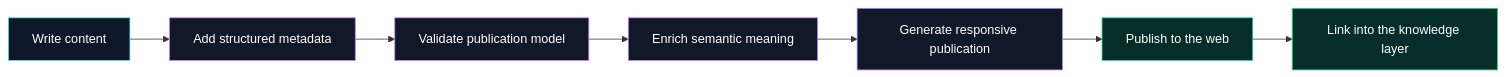
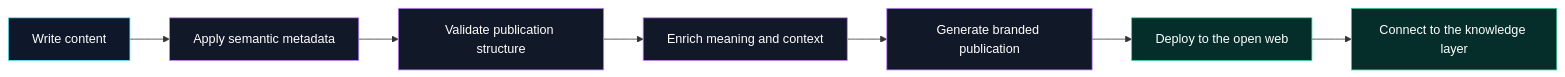
Before and after one commit to web4hub/web4-publisher: the first of 2 diagrams in index.md, drawn with Mermaid. The commit also changed other lines of this file, not shown here.

````diff
--- a/index.md
+++ b/index.md
@@ -65,17 +66,17 @@
 ```mermaid
 flowchart LR
-    A[Write content] --> B[Add structured metadata]
-    B --> C[Validate publication model]
-    C --> D[Enrich semantic meaning]
-    D --> E[Generate responsive publication]
-    E --> F[Publish to the web]
-    F --> G[Link into the knowledge layer]
+    A[Write content] --> B[Apply semantic metadata]
+    B --> C[Validate publication structure]
+    C --> D[Enrich meaning and context]
+    D --> E[Generate branded publication]
+    E --> F[Deploy to the open web]
+    F --> G[Connect to the knowledge layer]
 
-    classDef author fill:#0f172a,stroke:#67e8f9,color:#fff
-    classDef process fill:#111827,stroke:#c084fc,color:#fff
-    classDef publish fill:#052e2b,stroke:#34d399,color:#fff
+    classDef content fill:#0f172a,stroke:#67e8f9,color:#fff
+    classDef system fill:#111827,stroke:#c084fc,color:#fff
+    classDef output fill:#052e2b,stroke:#34d399,color:#fff
 
-    class A author
-    class B,C,D,E process
-    class F,G publish
+    class A content
+    class B,C,D,E system
+    class F,G output
 ```
````
